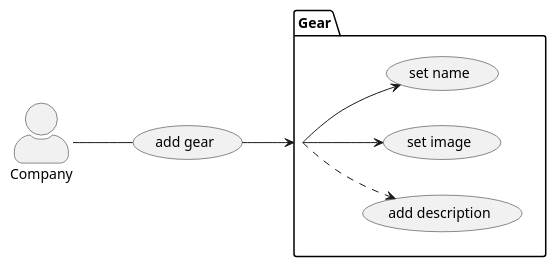
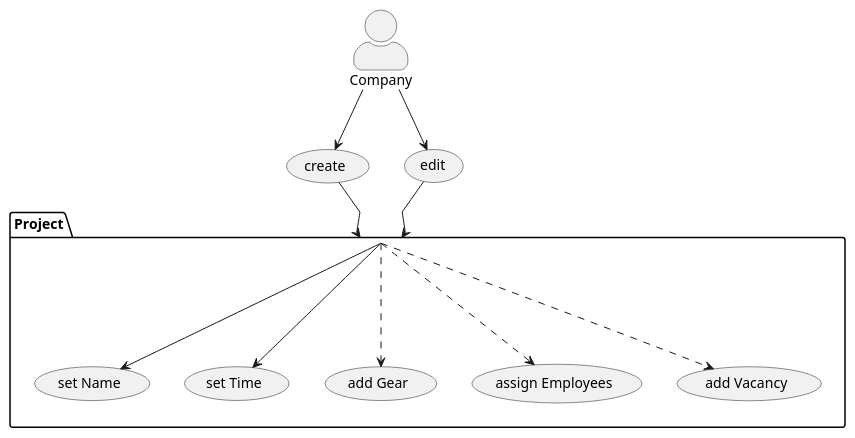
One commit to DirectorsView/documentation changed the sixth of 6 diagrams in ucd/ucd.puml. Above: the diagram before and after it, drawn with PlantUML. The commit also changed other lines of this file and 1 other file, not shown here.

Commit message:
#13 add project-ucd

```diff
--- a/ucd/ucd.puml
+++ b/ucd/ucd.puml
@@ -89,15 +91,23 @@
 @startuml
 skinparam actorStyle awesome
-left to right direction
-package Gear as g{
-  usecase "set name" as uc1
-  usecase "set image" as uc2
-  usecase "add description" as uc3
+
+package Project as p {
+usecase "set Name" as uc1
+usecase "set Time" as uc2
+usecase "add Gear" as uc3
+usecase "assign Employees" as uc4
+usecase "add Vacancy" as uc5
 }
-:Company: -- (add gear)
-(add gear) --> g
 
-g --> uc1
-g --> uc2
-g -.> uc3
+:Company: --> (create)
+(create) --> p
+
+:Company: --> (edit)
+(edit) --> p
+
+p --> uc1
+p --> uc2
+p .--> uc3
+p .--> uc4
+p .--> uc5
 @enduml
```
